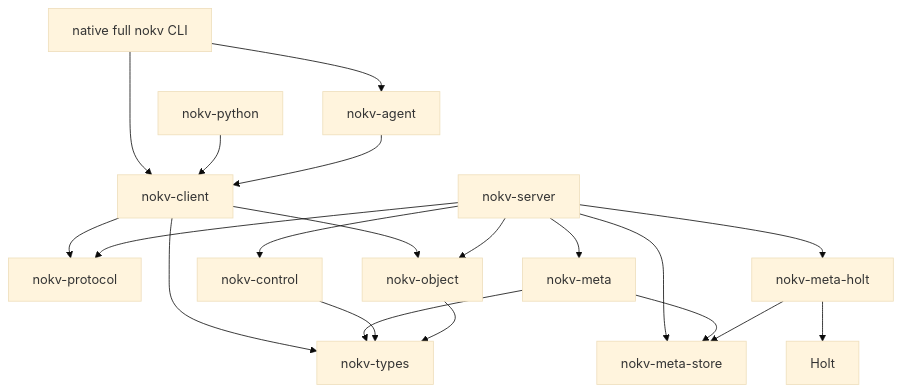
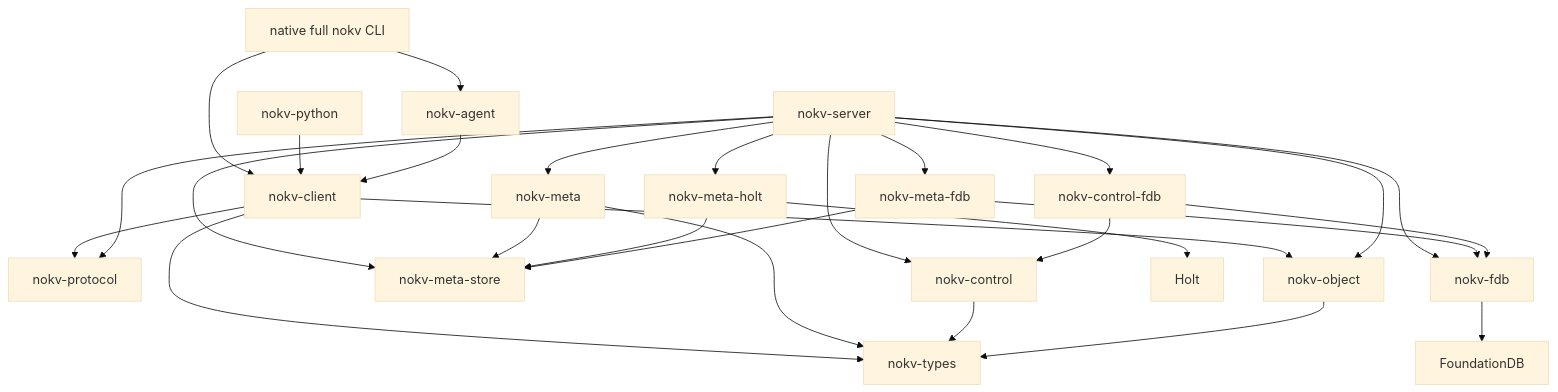
The second of 5 diagrams in docs/architecture.md (NoKV-Lab/NoKV), drawn with Mermaid (base theme) before and after one commit. The commit also changed other lines of this file, not shown here.

Commit message:
docs: show dual metadata runtime architecture

````diff
--- a/docs/architecture.md
+++ b/docs/architecture.md
@@ -44,23 +52,31 @@
 ```mermaid
 flowchart TD
     CLI["native full nokv CLI"] --> Agent["nokv-agent"]
     CLI --> Client["nokv-client"]
     Python["nokv-python"] --> Client
     Agent --> Client
     Client --> Protocol["nokv-protocol"]
     Client --> Object["nokv-object"]
     Client --> Types["nokv-types"]
 
     Server["nokv-server"] --> Protocol
     Server --> Meta["nokv-meta"]
     Server --> Store["nokv-meta-store"]
     Server --> HoltAdapter["nokv-meta-holt"]
+    Server --> FdbMetaAdapter["nokv-meta-fdb"]
     Server --> Control["nokv-control"]
+    Server --> FdbControlAdapter["nokv-control-fdb"]
+    Server --> FdbRuntime["nokv-fdb"]
     Server --> Object
     Meta --> Types
     Meta --> Store
     HoltAdapter --> Store
     HoltAdapter --> Holt["Holt"]
+    FdbMetaAdapter --> Store
+    FdbMetaAdapter --> FdbRuntime
+    FdbControlAdapter --> Control
+    FdbControlAdapter --> FdbRuntime
+    FdbRuntime --> FDB["FoundationDB"]
     Control --> Types
     Object --> Types
 ```
````
